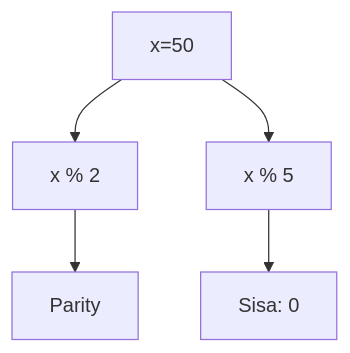
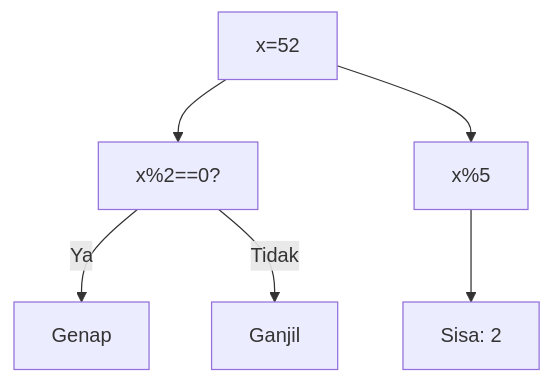
The second of 25 diagrams in part-c-pemahaman-cpp/05-rekursi/latihan/set-12.md (amnahwaida/OSNK_INF_PREP), drawn with Mermaid before and after one commit. The commit also changed other lines of this file and 71 other files, not shown here.

Commit message:
Fixed Mermaid syntax lexical errors with quoted labels in 1,800 questions

````diff
--- a/part-c-pemahaman-cpp/05-rekursi/latihan/set-12.md
+++ b/part-c-pemahaman-cpp/05-rekursi/latihan/set-12.md
@@ -23,7 +59,8 @@
 ```mermaid
 graph TD
-A[x=50] --> B[x % 2]
-B --> C[Parity]
-A --> D[x % 5]
-D --> E[Sisa: 0]
+A["x=52"] --> B["x%2==0?"]
+B -- Ya --> C["Genap"]
+B -- Tidak --> D["Ganjil"]
+A --> E["x%5"]
+E --> F["Sisa: 2"]
 ```
````
